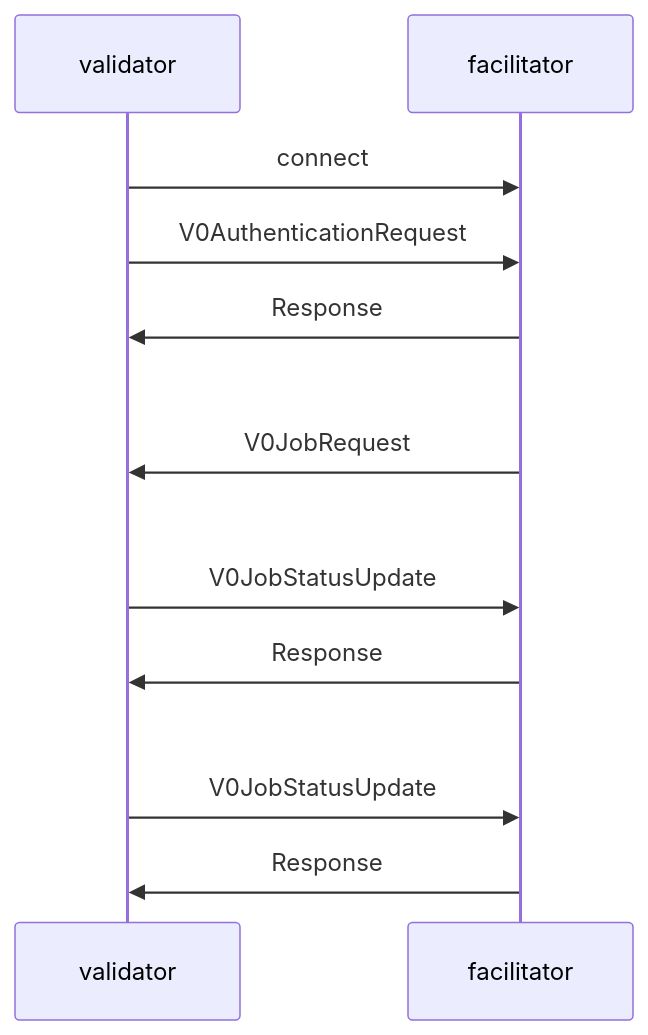
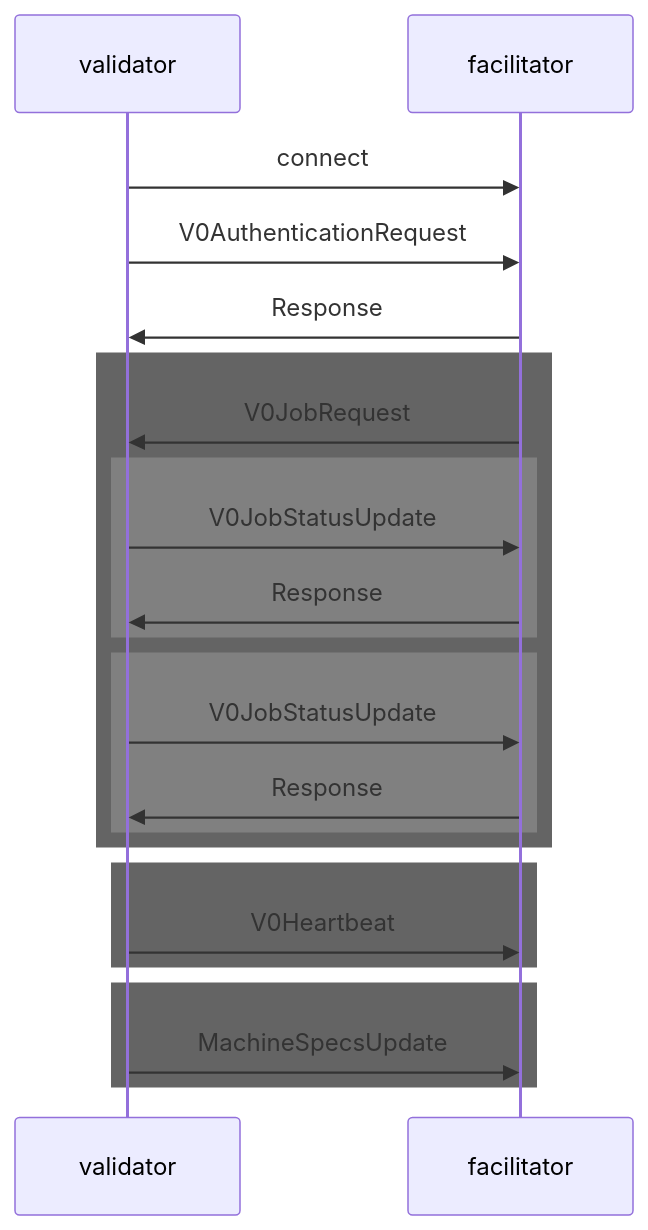
The diagram in facilitator-protocol.md (backend-developers-ltd/ComputeHorde), drawn with Mermaid before and after one commit.

Commit message:
fix mermaid sequence diagram

````diff
--- a/facilitator-protocol.md
+++ b/facilitator-protocol.md
@@ -19,16 +19,31 @@
 ```mermaid
 sequenceDiagram
     participant validator
     participant facilitator
 
     validator->>facilitator: connect
     validator->>facilitator: V0AuthenticationRequest
     facilitator->>validator: Response
 
-    facilitator->>validator: <br/><br/>V0JobRequest
+    rect rgb(100, 100, 100)
+        facilitator->>validator: V0JobRequest
+    
+        rect rgb(128, 128, 128)
+            validator->>facilitator: V0JobStatusUpdate
+            facilitator->>validator: Response
+        end
+    
+        rect rgb(128, 128, 128)
+            validator->>facilitator: V0JobStatusUpdate
+            facilitator->>validator: Response
+        end
+    end
 
-    validator->>facilitator: <br/><br/>V0JobStatusUpdate
-    facilitator->>validator: Response
-    validator->>facilitator: <br/><br/>V0JobStatusUpdate
-    facilitator->>validator: Response
+    rect rgb(100, 100, 100)
+        validator->>facilitator: V0Heartbeat
+    end
+
+    rect rgb(100, 100, 100)
+        validator->>facilitator: MachineSpecsUpdate
+    end
 ```
````
